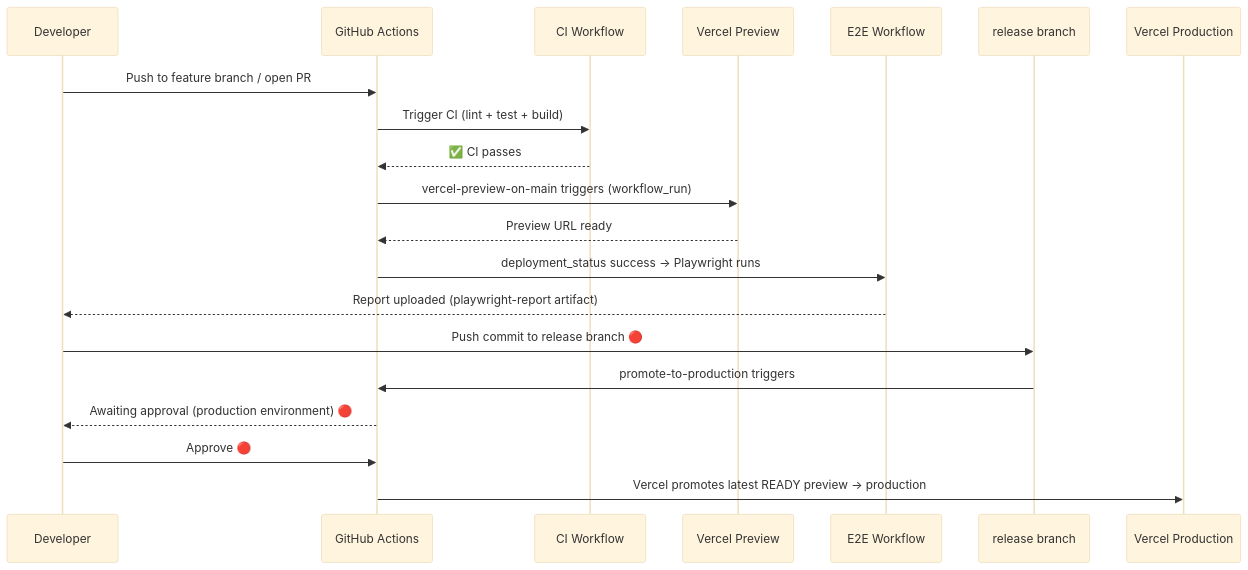
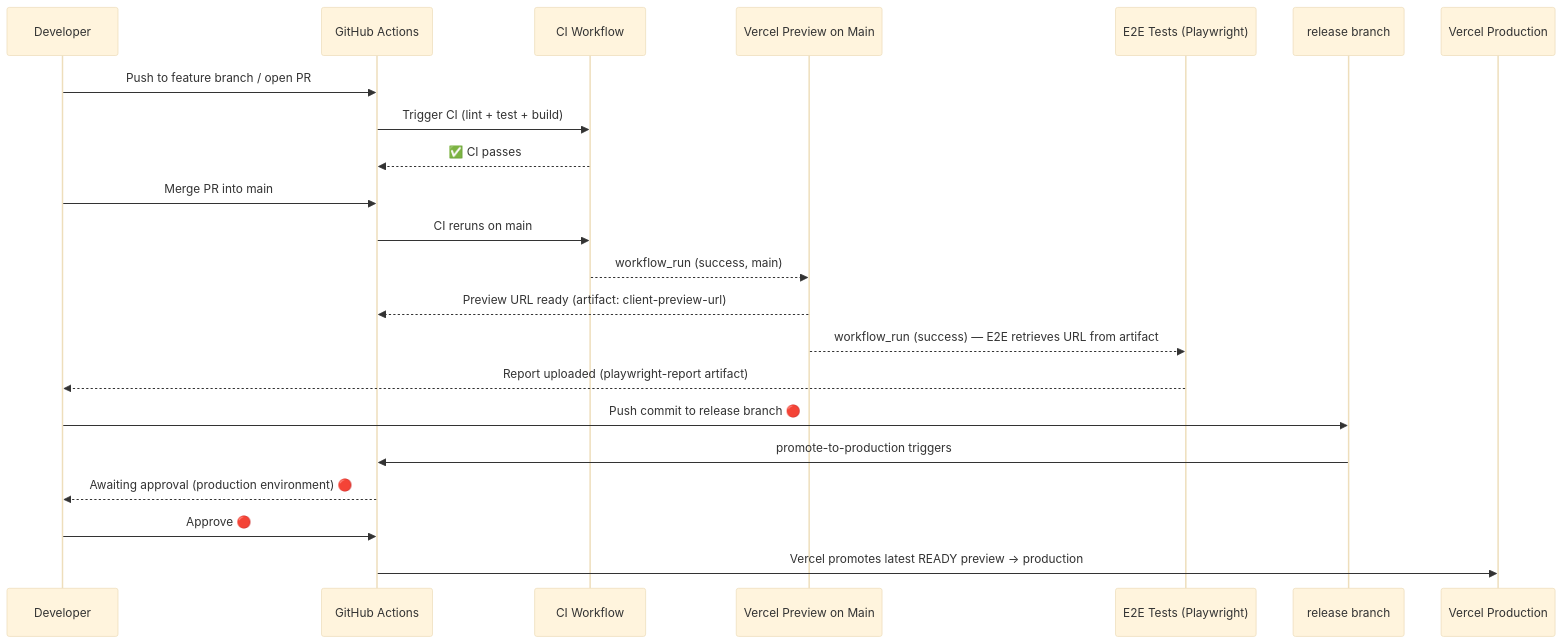
The diagram in DEPLOYMENT_GITHUB_ACTIONS.md (Khorolev/Ichnos_Protocol), drawn with Mermaid (base theme) before and after one commit. The commit also changed other lines of this file and 5 other files, not shown here.

Commit message:
Ci workflow changed: now deployment is gated after client and server checks

````diff
--- a/DEPLOYMENT_GITHUB_ACTIONS.md
+++ b/DEPLOYMENT_GITHUB_ACTIONS.md
@@ -7,23 +7,25 @@
 ```mermaid
 sequenceDiagram
     participant Dev as Developer
     participant GH as GitHub Actions
     participant CI as CI Workflow
-    participant VP as Vercel Preview
-    participant E2E as E2E Workflow
+    participant VP as Vercel Preview on Main
+    participant E2E as E2E Tests (Playwright)
     participant Rel as release branch
     participant Prod as Vercel Production
 
     Dev->>GH: Push to feature branch / open PR
     GH->>CI: Trigger CI (lint + test + build)
     CI-->>GH: ✅ CI passes
-    GH->>VP: vercel-preview-on-main triggers (workflow_run)
-    VP-->>GH: Preview URL ready
-    GH->>E2E: deployment_status success → Playwright runs
+    Dev->>GH: Merge PR into main
+    GH->>CI: CI reruns on main
+    CI-->>VP: workflow_run (success, main)
+    VP-->>GH: Preview URL ready (artifact: client-preview-url)
+    VP-->>E2E: workflow_run (success) — E2E retrieves URL from artifact
     E2E-->>Dev: Report uploaded (playwright-report artifact)
     Dev->>Rel: Push commit to release branch 🔴
     Rel->>GH: promote-to-production triggers
     GH-->>Dev: Awaiting approval (production environment) 🔴
     Dev->>GH: Approve 🔴
     GH->>Prod: Vercel promotes latest READY preview → production
 ```
````
